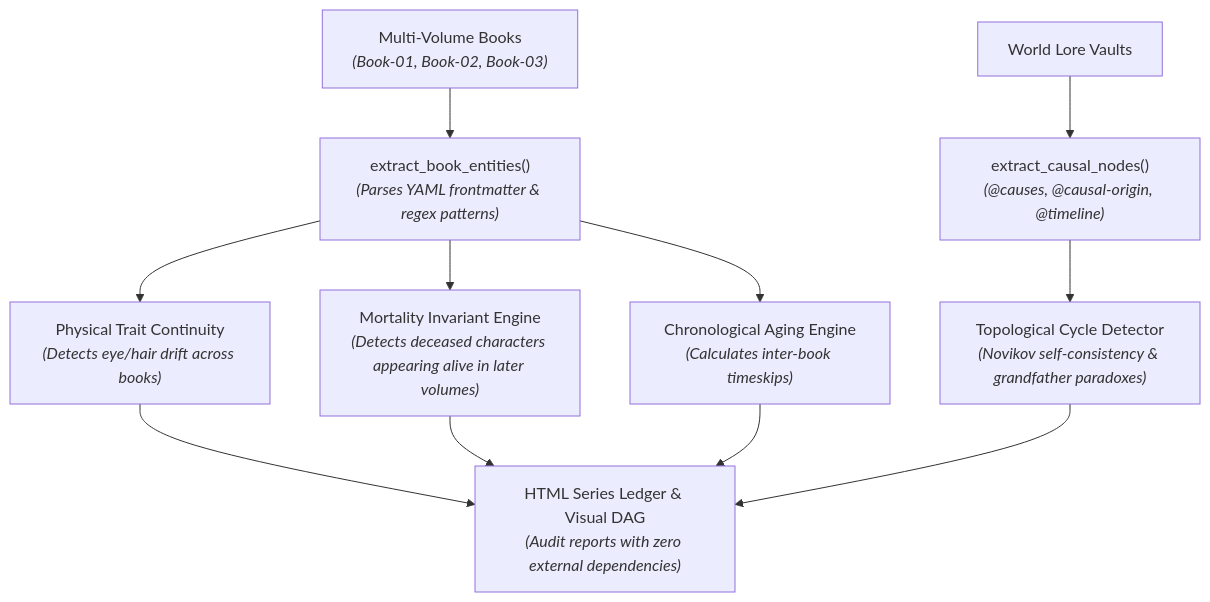
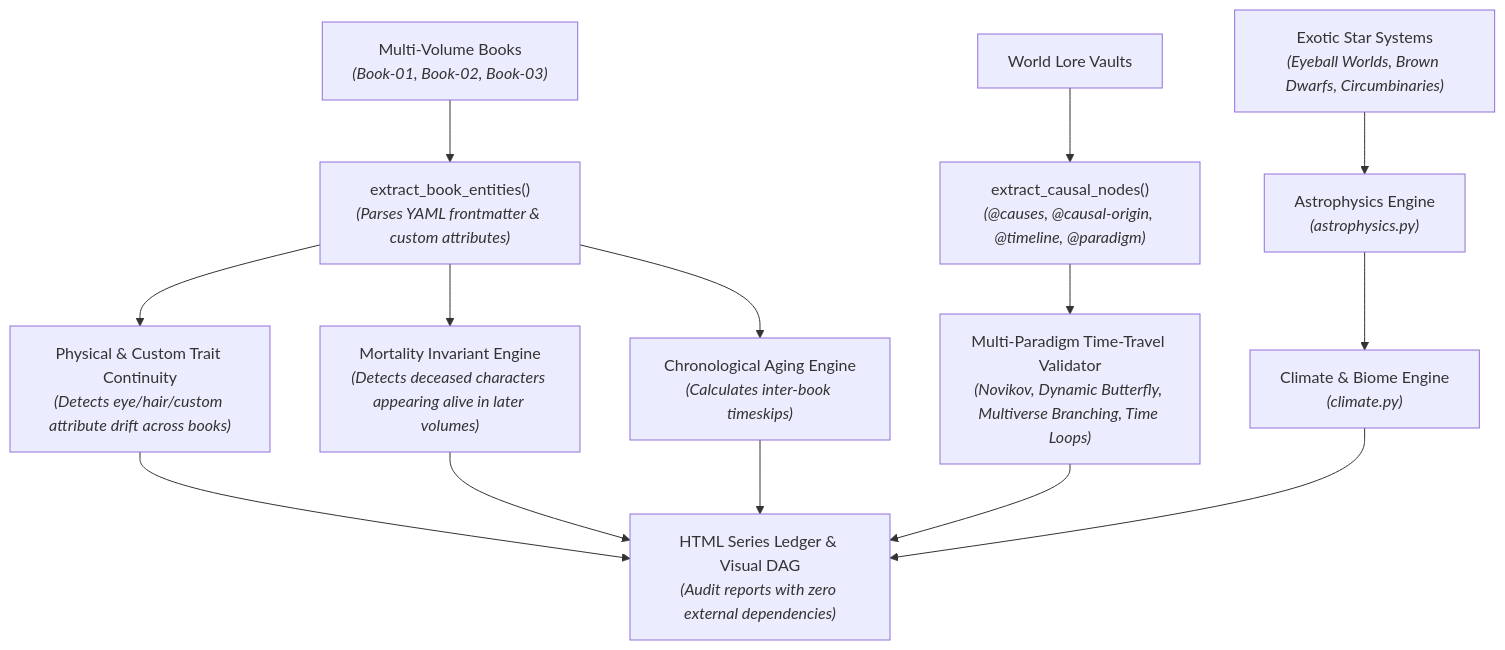
Before and after one commit to aryansinghnagar/Scriptorium: the sixth of 6 diagrams in docs/ARCHITECTURE.md, drawn with Mermaid. The commit also changed other lines of this file and 126 other files, not shown here.

````diff
--- a/docs/ARCHITECTURE.md
+++ b/docs/ARCHITECTURE.md
@@ -427,16 +424,20 @@
 ```mermaid
 flowchart TD
-    VOLS["Multi-Volume Books<br/><i>(Book-01, Book-02, Book-03)</i>"] --> SCANNER["extract_book_entities()<br/><i>(Parses YAML frontmatter & regex patterns)</i>"]
+    VOLS["Multi-Volume Books<br/><i>(Book-01, Book-02, Book-03)</i>"] --> SCANNER["extract_book_entities()<br/><i>(Parses YAML frontmatter & custom attributes)</i>"]
     
-    SCANNER --> TRAITS["Physical Trait Continuity<br/><i>(Detects eye/hair drift across books)</i>"]
+    SCANNER --> TRAITS["Physical & Custom Trait Continuity<br/><i>(Detects eye/hair/custom attribute drift across books)</i>"]
     SCANNER --> MORTALITY["Mortality Invariant Engine<br/><i>(Detects deceased characters appearing alive in later volumes)</i>"]
     SCANNER --> AGING["Chronological Aging Engine<br/><i>(Calculates inter-book timeskips)</i>"]
     
-    WORLD["World Lore Vaults"] --> CAUSAL["extract_causal_nodes()<br/><i>(@causes, @causal-origin, @timeline)</i>"]
-    CAUSAL --> CYCLE["Topological Cycle Detector<br/><i>(Novikov self-consistency & grandfather paradoxes)</i>"]
+    WORLD["World Lore Vaults"] --> CAUSAL["extract_causal_nodes()<br/><i>(@causes, @causal-origin, @timeline, @paradigm)</i>"]
+    CAUSAL --> CYCLE["Multi-Paradigm Time-Travel Validator<br/><i>(Novikov, Dynamic Butterfly, Multiverse Branching, Time Loops)</i>"]
+    
+    ASTRO_SYS["Exotic Star Systems<br/><i>(Eyeball Worlds, Brown Dwarfs, Circumbinaries)</i>"] --> ASTRO_ENG["Astrophysics Engine<br/><i>(astrophysics.py)</i>"]
+    ASTRO_ENG --> CLIM_ENG["Climate & Biome Engine<br/><i>(climate.py)</i>"]
     
     TRAITS --> LEDGER["HTML Series Ledger & Visual DAG<br/><i>(Audit reports with zero external dependencies)</i>"]
     MORTALITY --> LEDGER
     AGING --> LEDGER
     CYCLE --> LEDGER
+    CLIM_ENG --> LEDGER
 ```
````
